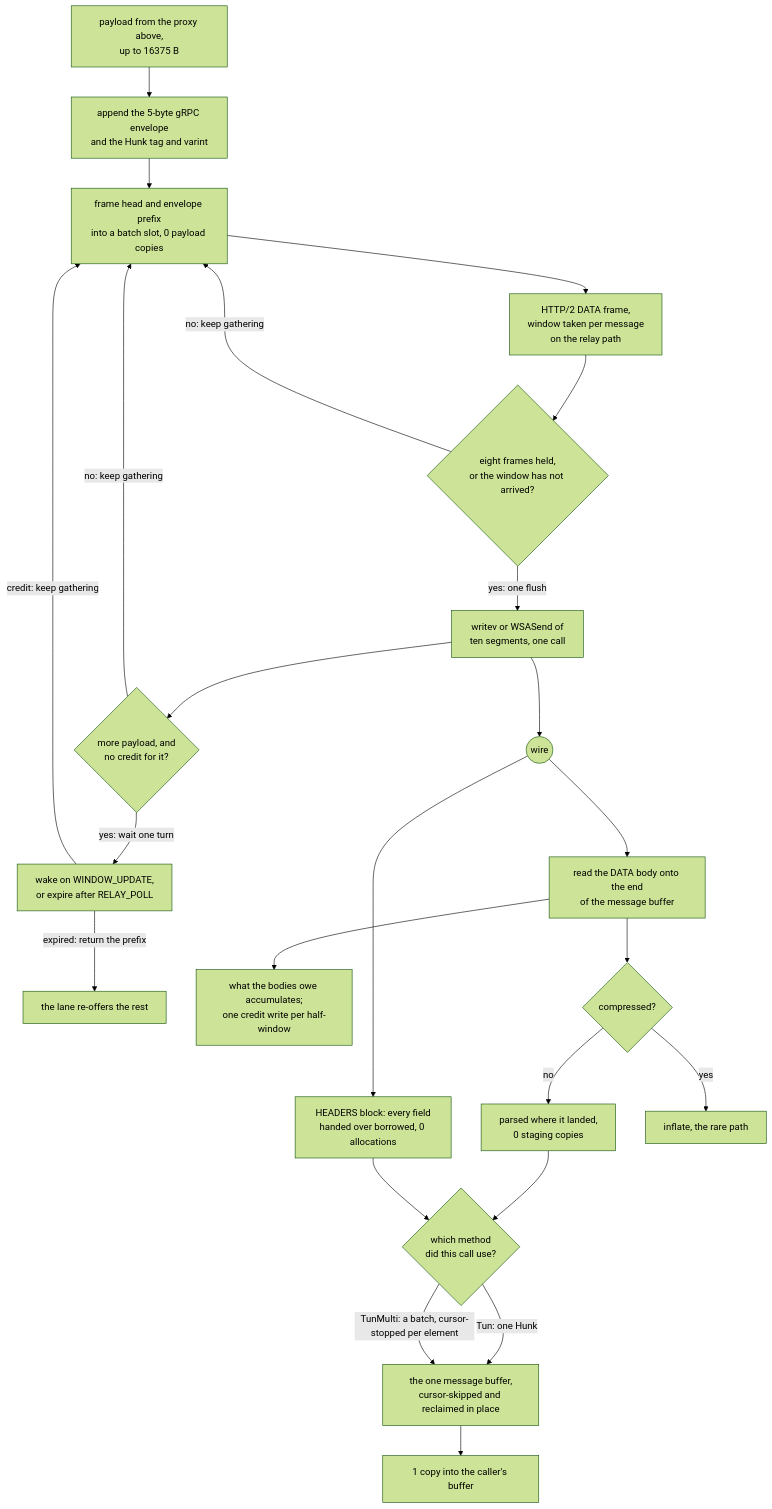
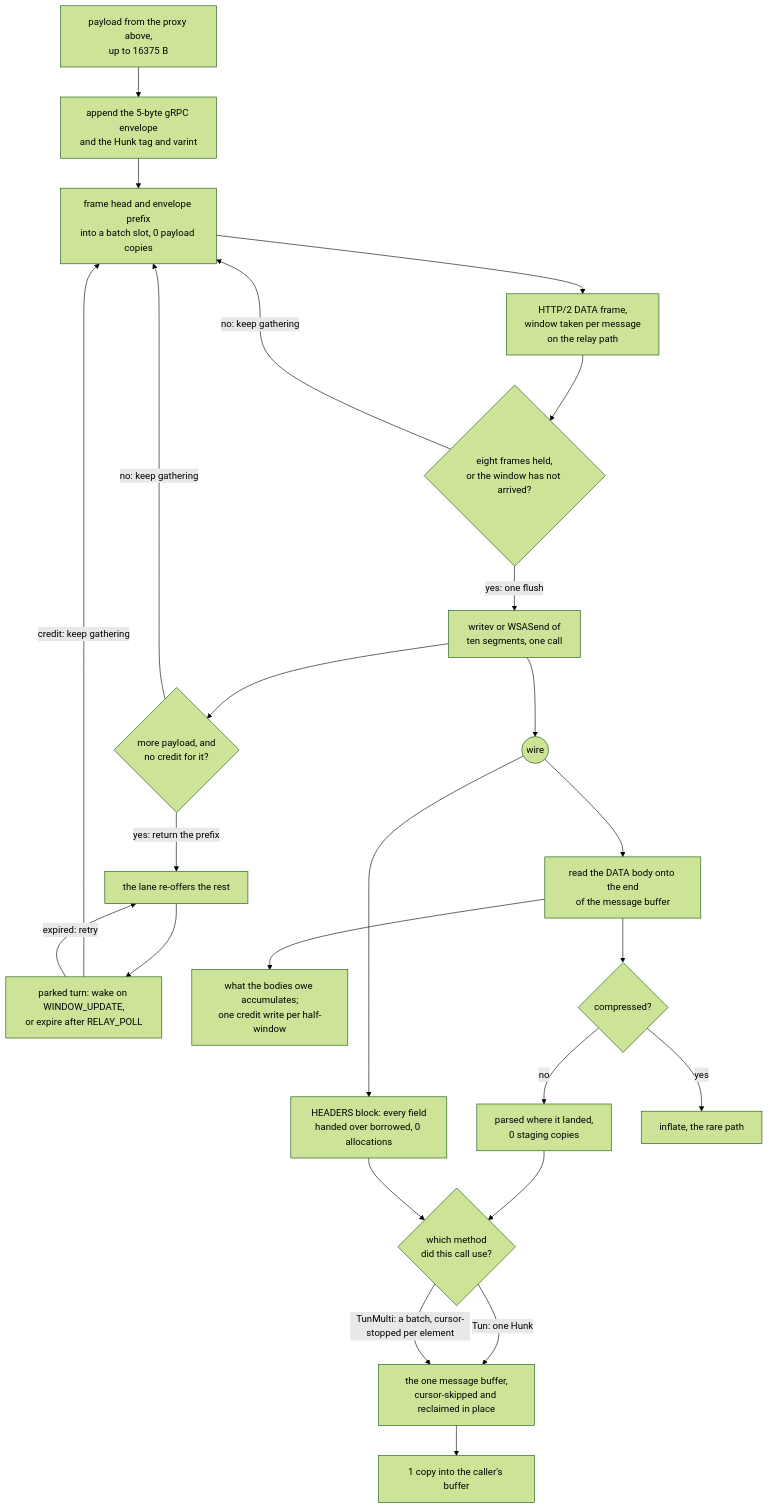
One commit to Ferrocite/ferrox changed the diagram in docs/function/carrier-grpc.md. Above: the diagram before and after it, drawn with Mermaid (forest theme). The commit also changed other lines of this file and 2 other files, not shown here.

Commit message:
grpc: wake the relay's parked turn on the window it earns (#669)

````diff
--- a/docs/function/carrier-grpc.md
+++ b/docs/function/carrier-grpc.md
@@ -17,26 +17,27 @@
 ```mermaid
 graph TD
     A["payload from the proxy above,<br/>up to 16375 B"] --> B["append the 5-byte gRPC envelope<br/>and the Hunk tag and varint"]
     B --> C["frame head and envelope prefix<br/>into a batch slot, 0 payload copies"]
     C --> D["HTTP/2 DATA frame,<br/>window taken per message<br/>on the relay path"]
     D --> P{"eight frames held,<br/>or the window has not arrived?"}
     P -- "no: keep gathering" --> C
     P -- "yes: one flush" --> Q["writev or WSASend of<br/>ten segments, one call"]
     Q --> W{"more payload, and<br/>no credit for it?"}
     W -- "no: keep gathering" --> C
-    W -- "yes: wait one turn" --> X["wake on WINDOW_UPDATE,<br/>or expire after RELAY_POLL"]
+    W -- "yes: return the prefix" --> Y["the lane re-offers the rest"]
+    Y --> X["parked turn: wake on WINDOW_UPDATE,<br/>or expire after RELAY_POLL"]
     X -- "credit: keep gathering" --> C
-    X -- "expired: return the prefix" --> Y["the lane re-offers the rest"]
+    X -- "expired: retry" --> Y
     Q --> E(("wire"))
     E --> F["read the DATA body onto the end<br/>of the message buffer"]
     E --> L["HEADERS block: every field<br/>handed over borrowed, 0 allocations"]
     F --> N["what the bodies owe accumulates;<br/>one credit write per half-window"]
     F --> G{"compressed?"}
     G -- no --> H["parsed where it landed,<br/>0 staging copies"]
     G -- yes --> I["inflate, the rare path"]
     H --> M{"which method<br/>did this call use?"}
     L --> M
     M -- "Tun: one Hunk" --> J
     M -- "TunMulti: a batch, cursor-stopped per element" --> J["the one message buffer,<br/>cursor-skipped and reclaimed in place"]
     J --> K["1 copy into the caller's buffer"]
 ```
````
